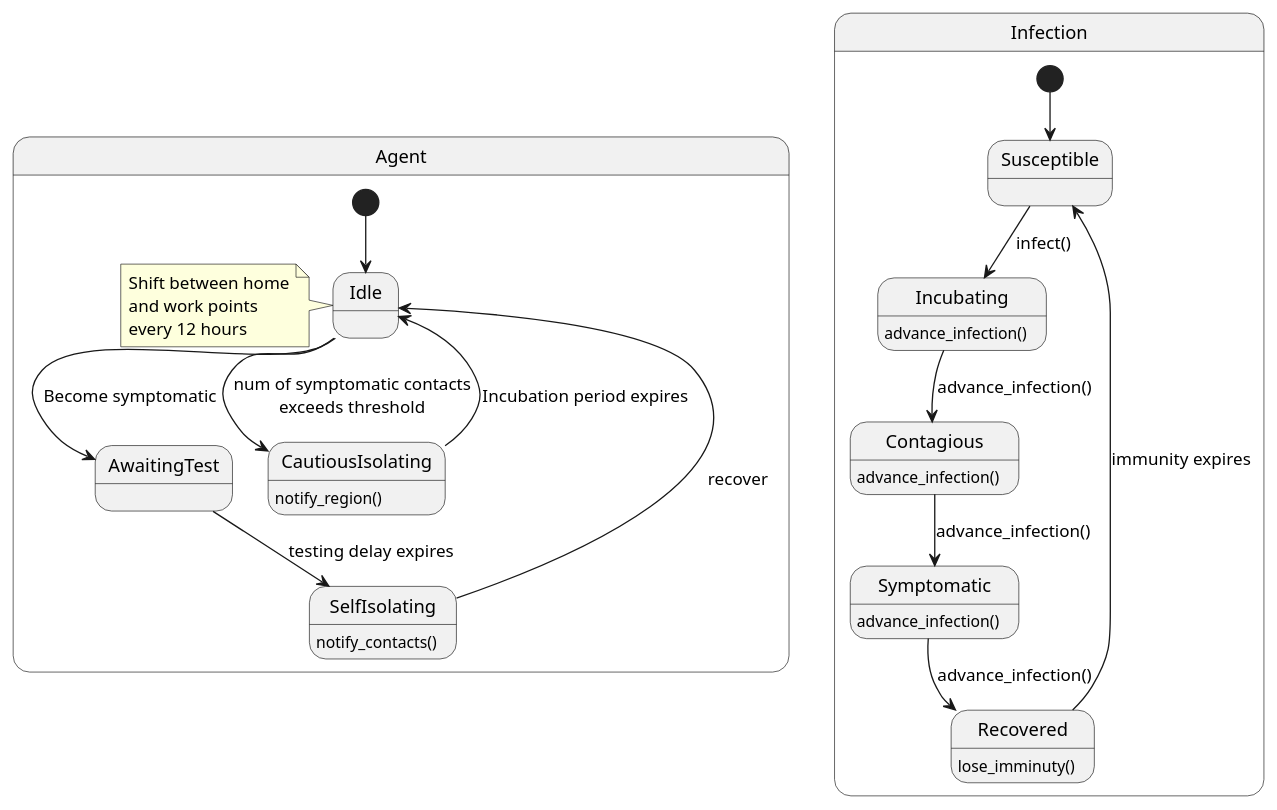
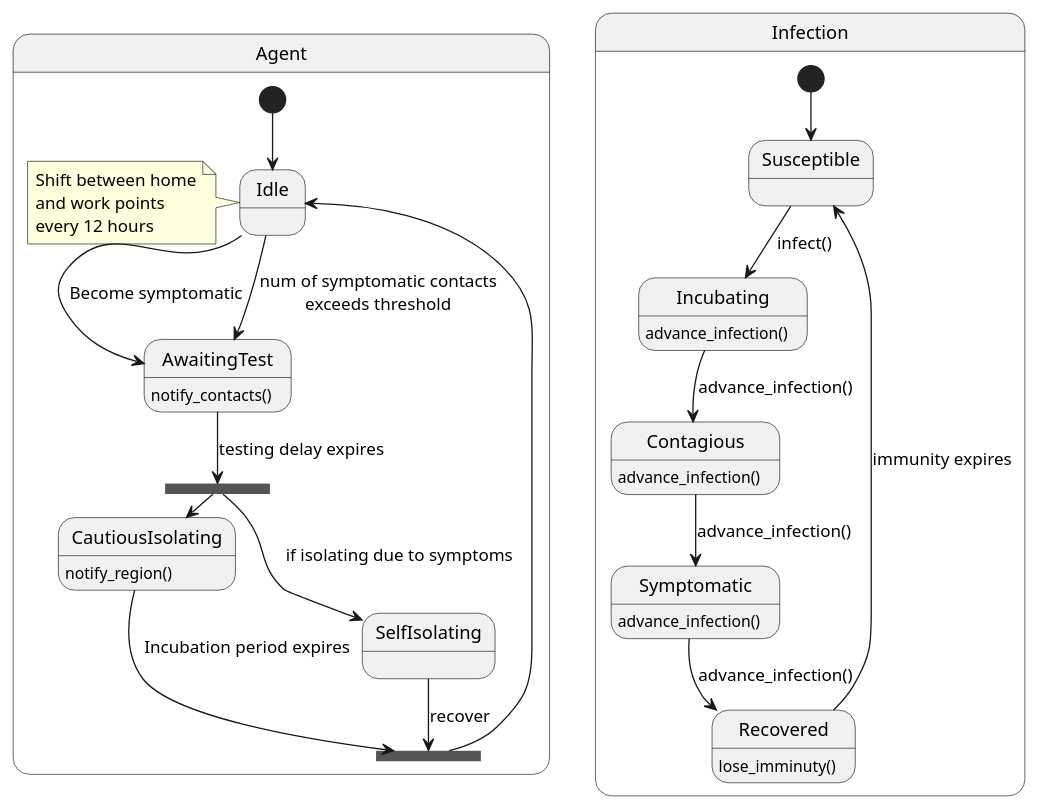
Before and after one commit to JoshuaSFryer/multi-agent-sim: the diagram in doc/uml/src/geonotification.puml, drawn with PlantUML. The commit also changed 3 other files, not shown here.

Commit message:
Update diagrams

```diff
--- a/doc/uml/src/geonotification.puml
+++ b/doc/uml/src/geonotification.puml
@@ -1,32 +1,37 @@
 @startuml Mode_3_Contact_Tracing
 
 state Agent {
-    [*] --> Idle
+    [*] -down-> Idle
     note left of Idle
         Shift between home
         and work points
         every 12 hours
     end note
-    Idle --> AwaitingTest : Become symptomatic
-    Idle --> CautiousIsolating : num of symptomatic contacts\nexceeds threshold
-    AwaitingTest --> SelfIsolating : testing delay expires
-    SelfIsolating --> Idle : recover
-    SelfIsolating : notify_contacts()
-    CautiousIsolating --> Idle : Incubation period expires
+    Idle -down-> AwaitingTest : Become symptomatic
+    Idle -down-> AwaitingTest : num of symptomatic contacts\nexceeds threshold
+    state fork_state <<fork>>
+    AwaitingTest : notify_contacts()
+    AwaitingTest -down-> fork_state : testing delay expires
+    fork_state -down-> SelfIsolating : if isolating due to symptoms
+    fork_state -right-> CautiousIsolating : if isolation due to threshold
+    state join_state <<join>>
+    SelfIsolating --> join_state : recover
+    CautiousIsolating --> join_state : Incubation period expires
     CautiousIsolating : notify_region()
+    join_state --> Idle
 }
     
 state Infection {
     [*] --> Susceptible
     Susceptible --> Incubating : infect()
     Incubating : advance_infection()
     Incubating --> Contagious : advance_infection()
     Contagious : advance_infection()
     Contagious --> Symptomatic : advance_infection()
     Symptomatic : advance_infection()
     Symptomatic --> Recovered : advance_infection()
     Recovered: lose_imminuty()
     Recovered --> Susceptible : immunity expires
 }
 
 @enduml
```
